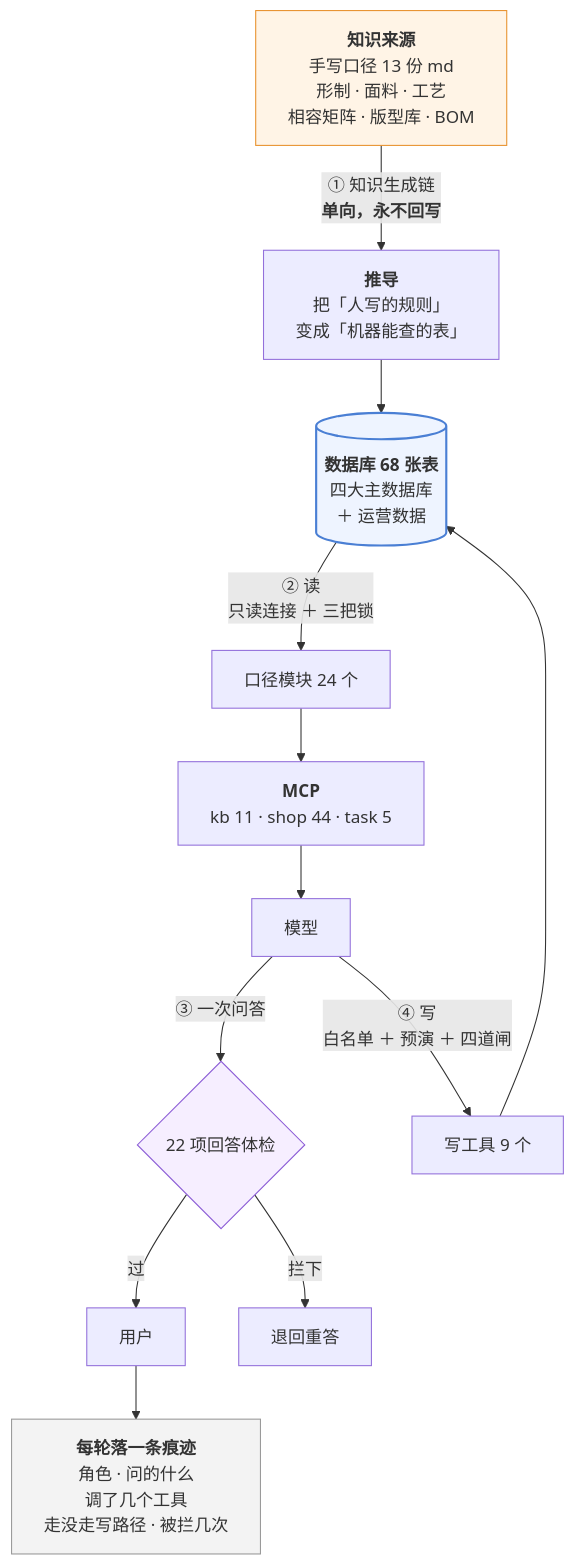
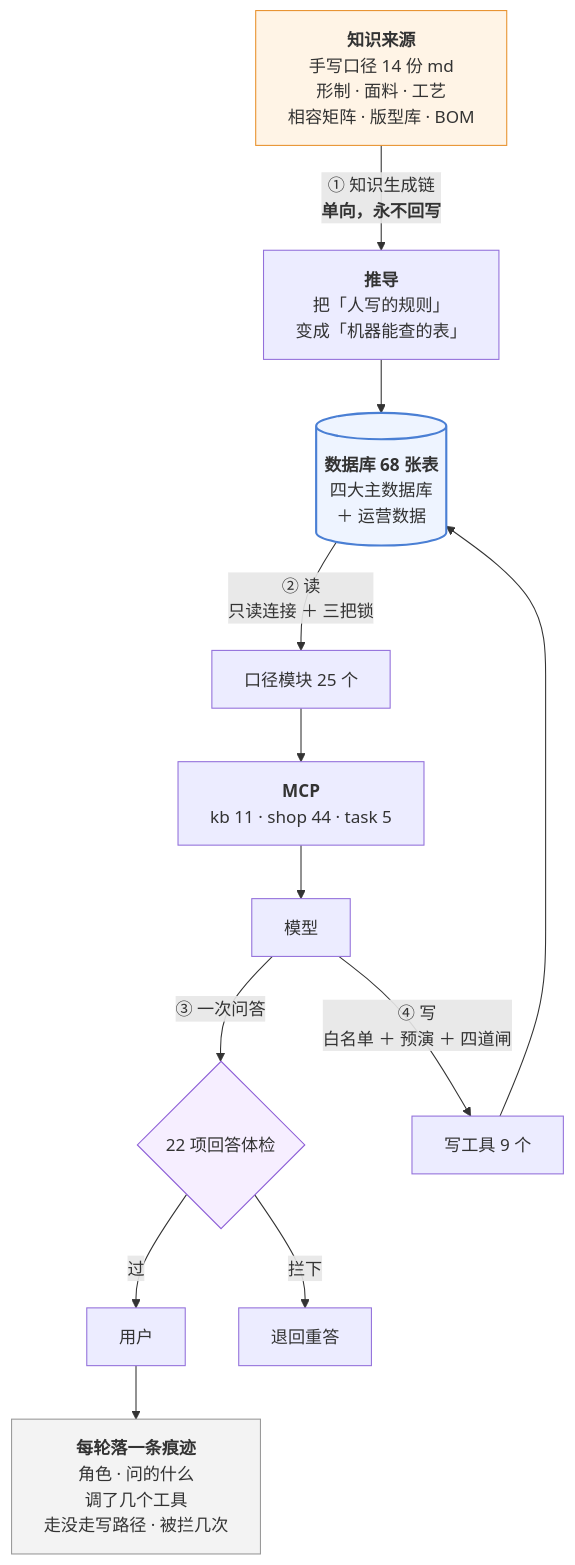
One commit to 843773296-rgb/lanxiu-yunshang-agent changed the third of 3 diagrams in 澜绣云裳agent-产品说明.md. Above: the diagram before and after it, drawn with Mermaid. The commit also changed other lines of this file and 6 other files, not shown here.

````diff
--- a/澜绣云裳agent-产品说明.md
+++ b/澜绣云裳agent-产品说明.md
@@ -772,24 +772,24 @@
 ```mermaid
 flowchart TD
-    MD["<b>知识来源</b><br/>手写口径 13 份 md<br/>形制 · 面料 · 工艺<br/>相容矩阵 · 版型库 · BOM"]
+    MD["<b>知识来源</b><br/>手写口径 14 份 md<br/>形制 · 面料 · 工艺<br/>相容矩阵 · 版型库 · BOM"]
     MD -->|"① 知识生成链<br/><b>单向，永不回写</b>"| DV["<b>推导</b><br/>把「人写的规则」<br/>变成「机器能查的表」"]
     DV --> DB[("<b>数据库 68 张表</b><br/>四大主数据库<br/>＋ 运营数据")]
 
-    DB -->|"② 读<br/>只读连接 ＋ 三把锁"| KJ["口径模块 24 个"]
+    DB -->|"② 读<br/>只读连接 ＋ 三把锁"| KJ["口径模块 25 个"]
     KJ --> MCP["<b>MCP</b><br/>kb 11 · shop 44 · task 5"]
     MCP --> LLM["模型"]
 
     LLM -->|"③ 一次问答"| GD{"22 项回答体检"}
     GD -- 过 --> U["用户"]
     GD -- 拦下 --> RE["退回重答"]
 
     LLM -->|"④ 写<br/>白名单 ＋ 预演 ＋ 四道闸"| W["写工具 9 个"]
     W --> DB
 
     U --> TR["<b>每轮落一条痕迹</b><br/>角色 · 问的什么<br/>调了几个工具<br/>走没走写路径 · 被拦几次"]
 
     style MD fill:#fff4e6,stroke:#e8912d
     style DB fill:#eef4ff,stroke:#4a7fd4,stroke-width:2px
     style GD fill:#f6eeff,stroke:#8b5cd6
     style TR fill:#f3f3f3,stroke:#999
 ```
````
